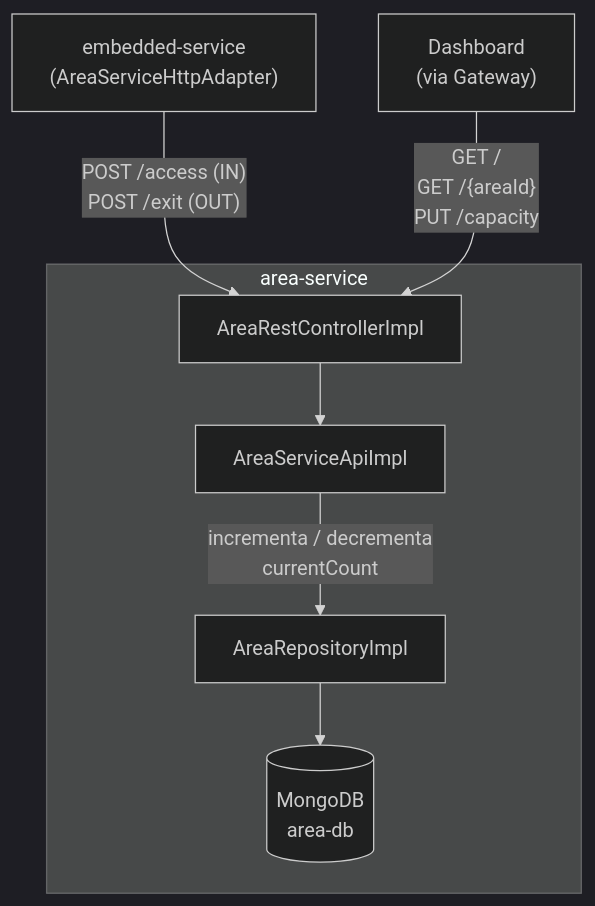
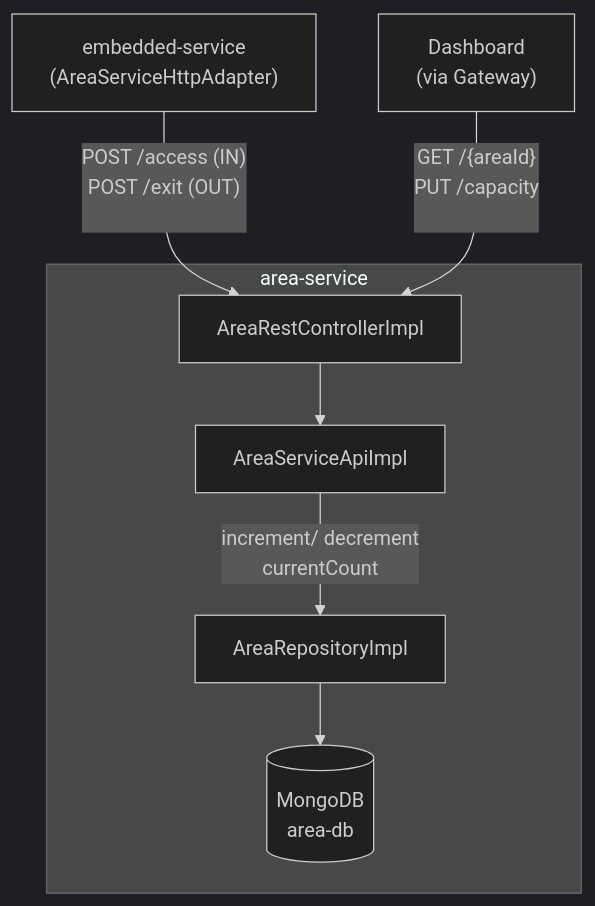
Before and after one commit to piertv21/SmartGym-Monitor: the sixth of 10 diagrams in docs/report/Implementation.md, drawn with Mermaid (dark theme). The commit also changed other lines of this file, not shown here.

Commit message:
docs: refactor docs schema

````diff
--- a/docs/report/Implementation.md
+++ b/docs/report/Implementation.md
@@ -173,15 +195,15 @@
 ```mermaid
 flowchart TD
     EMB["embedded-service\n(AreaServiceHttpAdapter)"]
     DASH["Dashboard\n(via Gateway)"]
 
     subgraph area-service
         CTRL["AreaRestControllerImpl"]
         CTRL --> API["AreaServiceApiImpl"]
-        API -->|"incrementa / decrementa\ncurrentCount"| REPO["AreaRepositoryImpl"]
+        API -->|"increment/ decrement\ncurrentCount"| REPO["AreaRepositoryImpl"]
         REPO --> DB[(MongoDB\narea-db)]
     end
 
-    EMB -->|"POST /access (IN)\nPOST /exit (OUT)"| CTRL
-    DASH -->|"GET /\nGET /{areaId}\nPUT /capacity"| CTRL
+    EMB -->|"POST /access (IN)\nPOST /exit (OUT)\n\n"    | CTRL
+    DASH -->|"GET /{areaId}\nPUT /capacity"\n\n| CTRL
 ```
````
